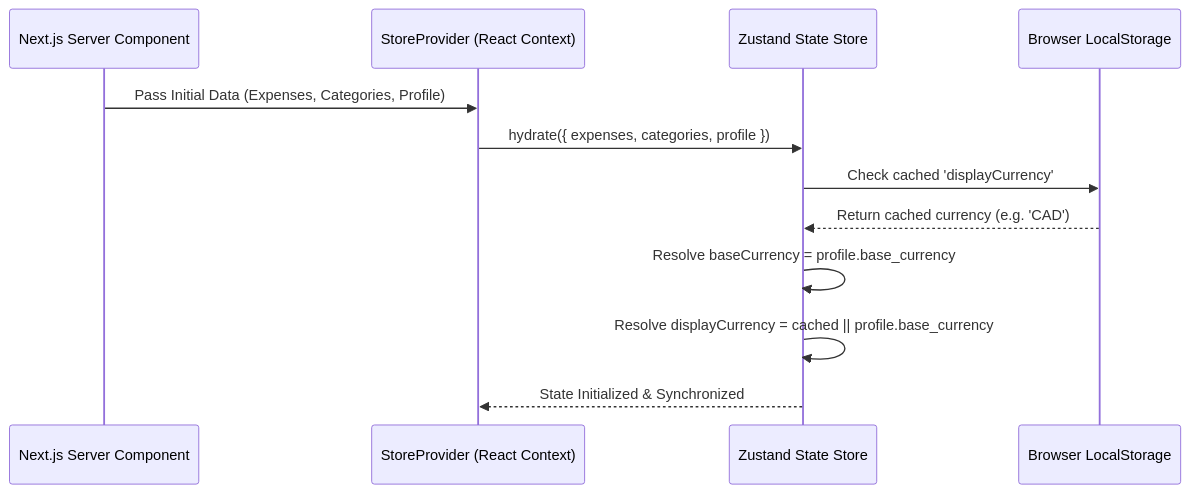
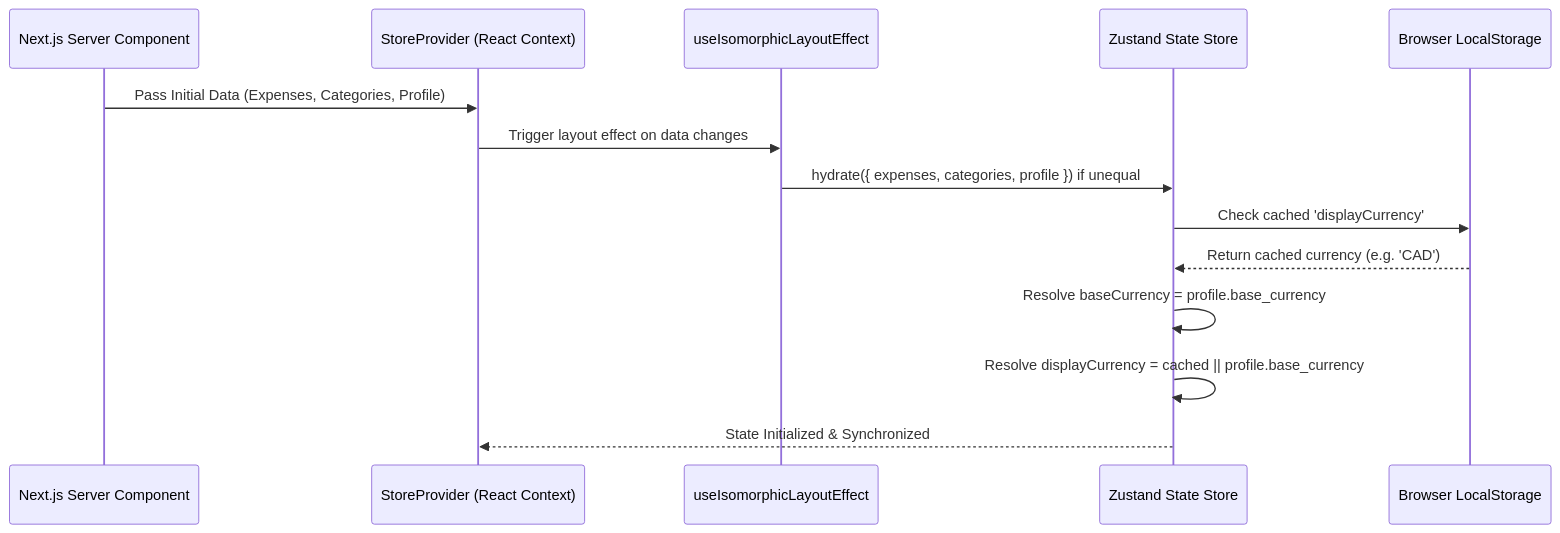
Before and after one commit to lilo123/expense-dashboard: the third of 5 diagrams in ARCHITECTURE.md, drawn with Mermaid. The commit also changed other lines of this file and 44 other files, not shown here.

````diff
--- a/ARCHITECTURE.md
+++ b/ARCHITECTURE.md
@@ -119,15 +121,17 @@
 ```mermaid
 sequenceDiagram
     participant Server as Next.js Server Component
     participant Client as StoreProvider (React Context)
+    participant Effect as useIsomorphicLayoutEffect
     participant Store as Zustand State Store
     participant Storage as Browser LocalStorage
 
     Server->>Client: Pass Initial Data (Expenses, Categories, Profile)
-    Client->>Store: hydrate({ expenses, categories, profile })
+    Client->>Effect: Trigger layout effect on data changes
+    Effect->>Store: hydrate({ expenses, categories, profile }) if unequal
     Store->>Storage: Check cached 'displayCurrency'
     Storage-->>Store: Return cached currency (e.g. 'CAD')
     Store->>Store: Resolve baseCurrency = profile.base_currency
     Store->>Store: Resolve displayCurrency = cached || profile.base_currency
     Store-->>Client: State Initialized & Synchronized
 ```
````
